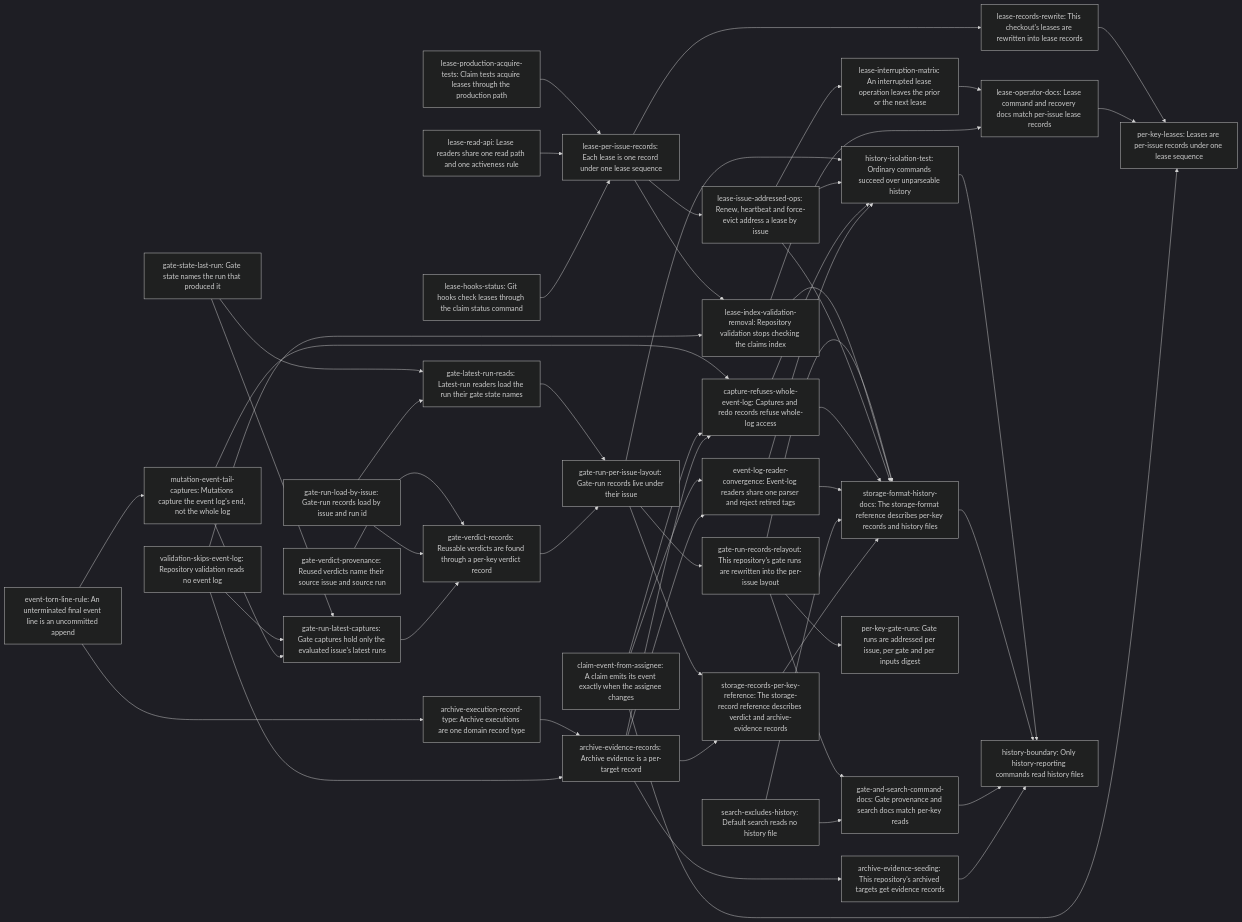
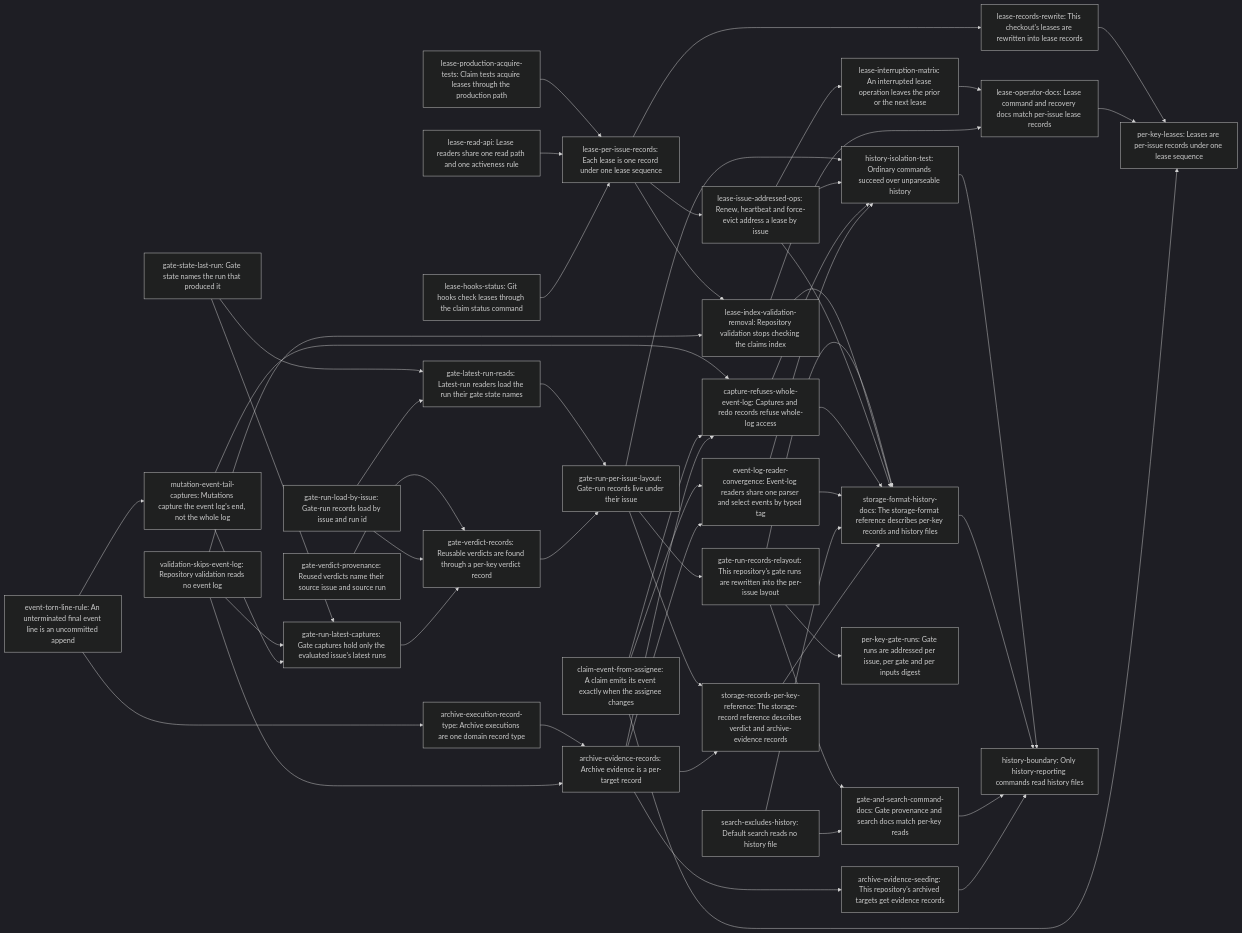
One commit to erankavija/just-in-time changed the diagram in dev/active/f8a6b298-history-independent-reads/plan.md. Above: the diagram before and after it, drawn with Mermaid (dark theme). The commit also changed other lines of this file and 1 other file, not shown here.

Commit message:
docs(jit:5e615dc2): skip retired event tags uniformly per amended DEC-15

```diff
--- a/dev/active/f8a6b298-history-independent-reads/plan.md
+++ b/dev/active/f8a6b298-history-independent-reads/plan.md
@@ -144,7 +144,7 @@
     N20["archive-execution-record-type: Archive executions are one domain record type"]
     N21["archive-evidence-records: Archive evidence is a per-target record"]
     N22["archive-evidence-seeding: This repository's archived targets get evidence records"]
-    N23["event-log-reader-convergence: Event-log readers share one parser and reject retired tags"]
+    N23["event-log-reader-convergence: Event-log readers share one parser and select events by typed tag"]
     N24["capture-refuses-whole-event-log: Captures and redo records refuse whole-log access"]
     N25["search-excludes-history: Default search reads no history file"]
     N26["storage-records-per-key-reference: The storage-record reference describes verdict and archive-evidence records"]
```
